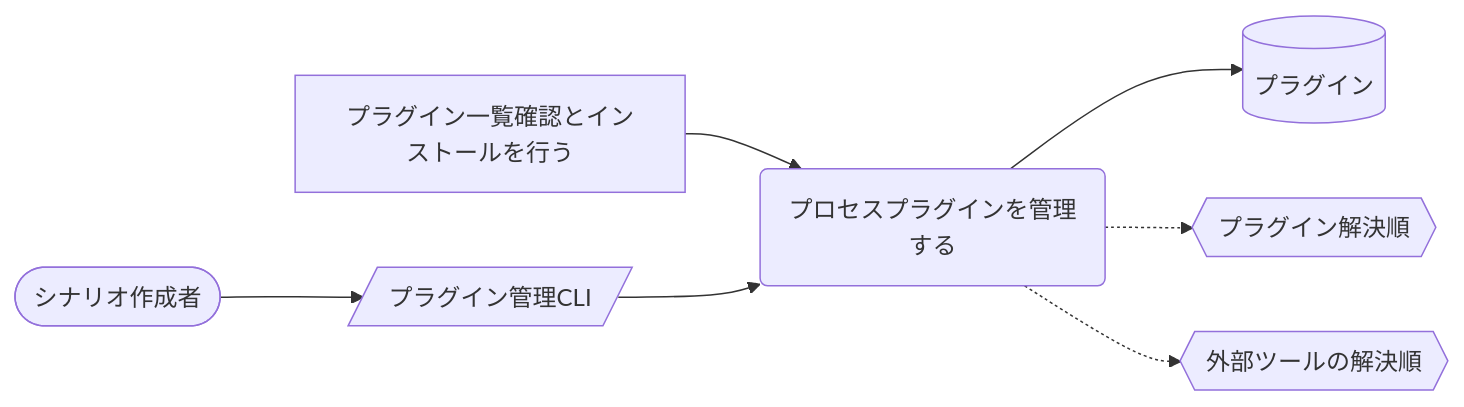
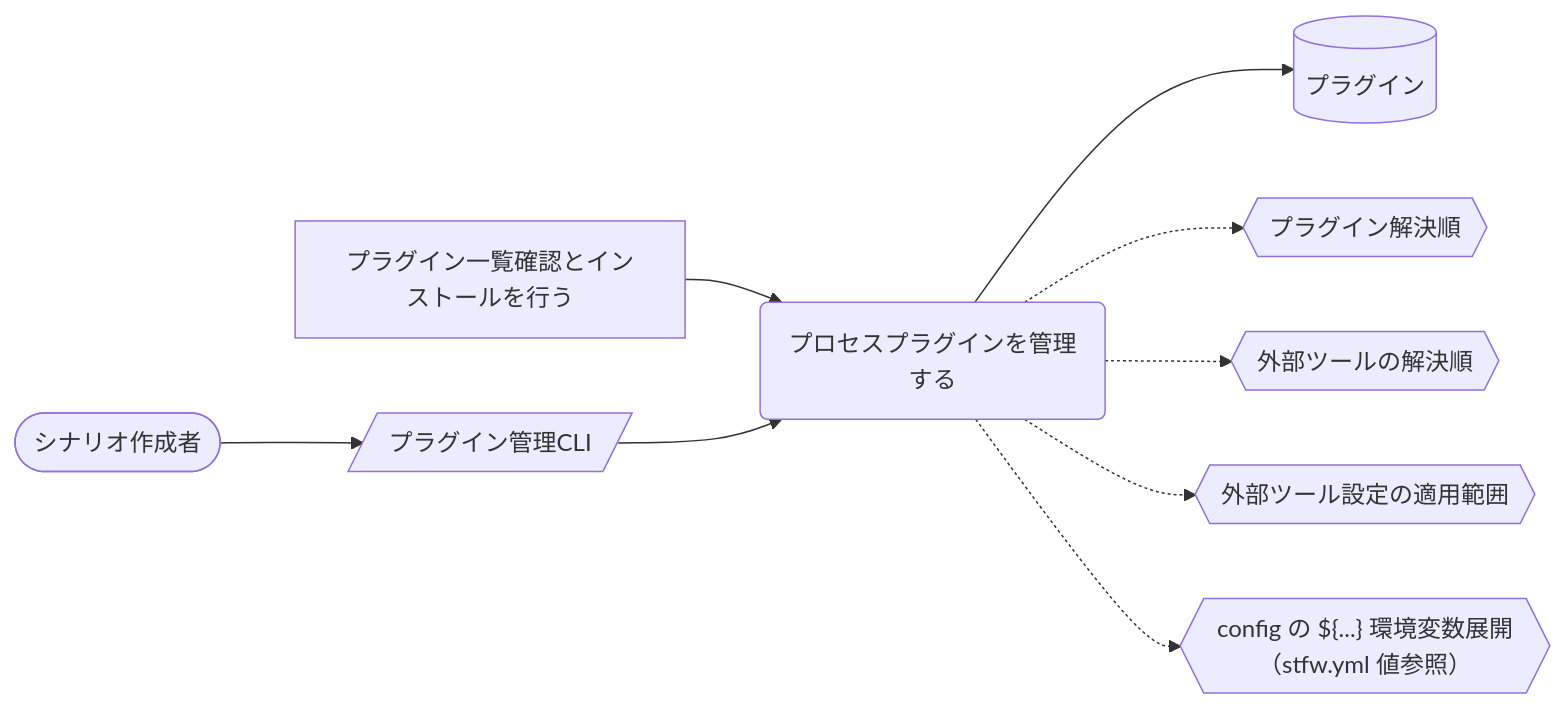
The fifth of 7 diagrams in docs/rdra/latest/views/04_UC複合図.md (scenario-test-framework/stfw), drawn with Mermaid before and after one commit. The commit also changed other lines of this file and 23 other files, not shown here.

````diff
--- a/docs/rdra/latest/views/04_UC複合図.md
+++ b/docs/rdra/latest/views/04_UC複合図.md
@@ -236,16 +240,20 @@
 ```mermaid
 graph LR
   UC1("プロセスプラグインを管理する")
   AT1["プラグイン一覧確認とインストールを行う"]
   IF1[("プラグイン")]
   CD1{{"プラグイン解決順"}}
   SC1[/"プラグイン管理CLI"/]
   AC1(["シナリオ作成者"])
   CD2{{"外部ツールの解決順"}}
+  CD3{{"外部ツール設定の適用範囲"}}
+  CD4{{"config の ${...} 環境変数展開（stfw.yml 値参照）"}}
   AT1 --> UC1
   UC1 --> IF1
   UC1 -.-> CD1
   AC1 --> SC1
   SC1 --> UC1
   UC1 -.-> CD2
+  UC1 -.-> CD3
+  UC1 -.-> CD4
 ```
````
